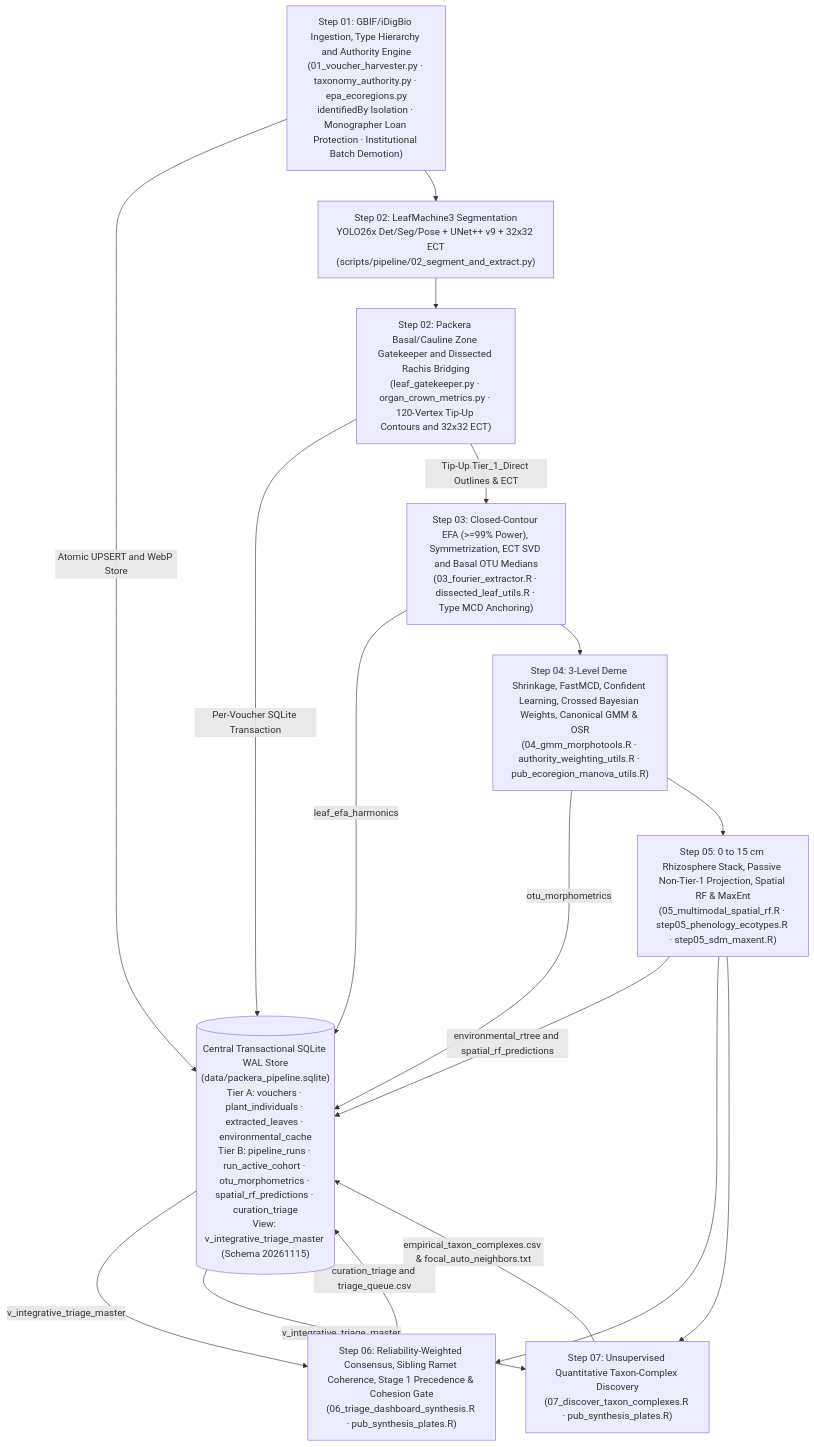
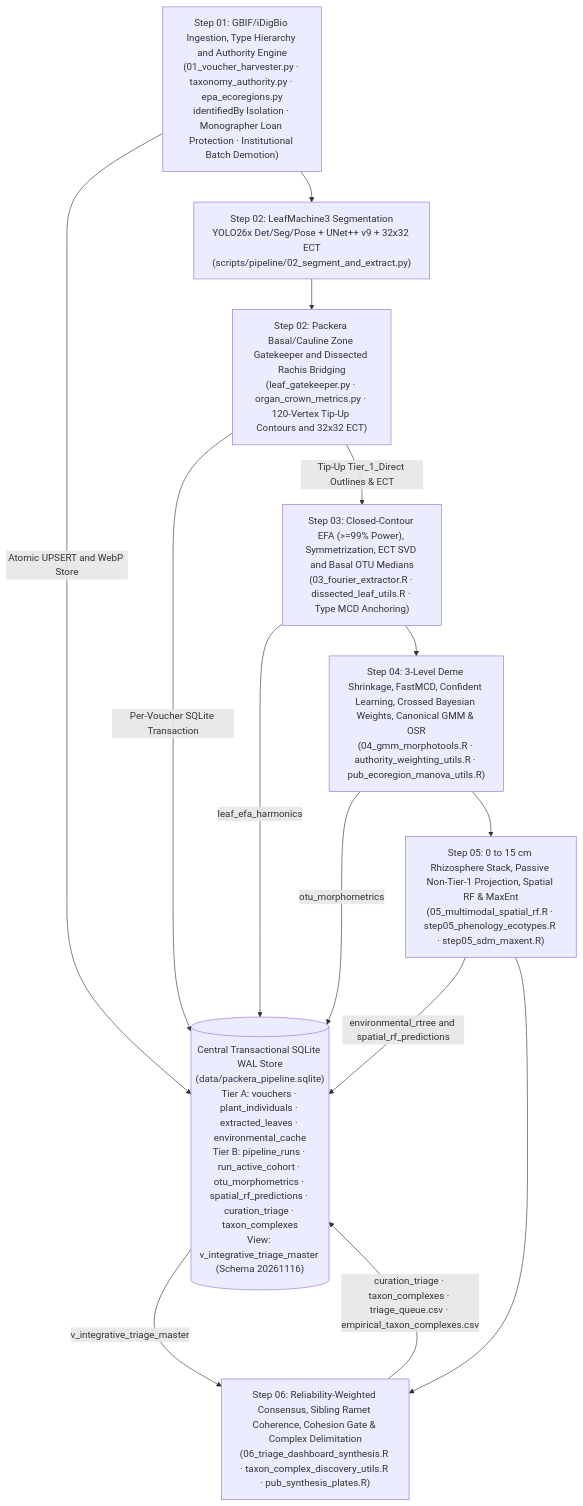
Before and after one commit to Plantatsrophe/Packera_dubia_morphometrics: the diagram in README.md, drawn with Mermaid. The commit also changed other lines of this file and 17 other files, not shown here.

Commit message:
refactor: convert script 07 discover taxon complexes into utility module

````diff
--- a/README.md
+++ b/README.md
@@ -48,21 +47,18 @@
 ```mermaid
 flowchart TD
-    DB[("Central Transactional SQLite WAL Store\n(data/packera_pipeline.sqlite)\nTier A: vouchers · plant_individuals · extracted_leaves · environmental_cache\nTier B: pipeline_runs · run_active_cohort · otu_morphometrics · spatial_rf_predictions · curation_triage\nView: v_integrative_triage_master (Schema 20261115)")]
+    DB[("Central Transactional SQLite WAL Store\n(data/packera_pipeline.sqlite)\nTier A: vouchers · plant_individuals · extracted_leaves · environmental_cache\nTier B: pipeline_runs · run_active_cohort · otu_morphometrics · spatial_rf_predictions · curation_triage · taxon_complexes\nView: v_integrative_triage_master (Schema 20261116)")]
 
     B1["Step 01: GBIF/iDigBio Ingestion, Type Hierarchy and Authority Engine\n(01_voucher_harvester.py · taxonomy_authority.py · epa_ecoregions.py\nidentifiedBy Isolation · Monographer Loan Protection · Institutional Batch Demotion)"] -->|"Atomic UPSERT and WebP Store"| DB
     B1 --> S02["Step 02: LeafMachine3 Segmentation<br/>YOLO26x Det/Seg/Pose + UNet++ v9 + 32x32 ECT<br/>(scripts/pipeline/02_segment_and_extract.py)"]
     S02 --> B3["Step 02: Packera Basal/Cauline Zone Gatekeeper and Dissected Rachis Bridging\n(leaf_gatekeeper.py · organ_crown_metrics.py · 120-Vertex Tip-Up Contours and 32x32 ECT)"]
     B3 -->|"Per-Voucher SQLite Transaction"| DB
     B3 -->|"Tip-Up Tier_1_Direct Outlines & ECT"| B4["Step 03: Closed-Contour EFA (>=99% Power), Symmetrization, ECT SVD and Basal OTU Medians\n(03_fourier_extractor.R · dissected_leaf_utils.R · Type MCD Anchoring)"]
     B4 -->|"leaf_efa_harmonics"| DB
     B4 --> B5["Step 04: 3-Level Deme Shrinkage, FastMCD, Confident Learning, Crossed Bayesian Weights, Canonical GMM & OSR\n(04_gmm_morphotools.R · authority_weighting_utils.R · pub_ecoregion_manova_utils.R)"]
     B5 -->|"otu_morphometrics"| DB
     B5 --> B6["Step 05: 0 to 15 cm Rhizosphere Stack, Passive Non-Tier-1 Projection, Spatial RF & MaxEnt\n(05_multimodal_spatial_rf.R · step05_phenology_ecotypes.R · step05_sdm_maxent.R)"]
     B6 -->|"environmental_rtree and spatial_rf_predictions"| DB
-    B6 --> B7["Step 06: Reliability-Weighted Consensus, Sibling Ramet Coherence, Stage 1 Precedence & Cohesion Gate\n(06_triage_dashboard_synthesis.R · pub_synthesis_plates.R)"]
+    B6 --> B7["Step 06: Reliability-Weighted Consensus, Sibling Ramet Coherence, Cohesion Gate & Complex Delimitation\n(06_triage_dashboard_synthesis.R · taxon_complex_discovery_utils.R · pub_synthesis_plates.R)"]
     DB -->|"v_integrative_triage_master"| B7
-    B7 -->|"curation_triage and triage_queue.csv"| DB
-    B6 --> B8["Step 07: Unsupervised Quantitative Taxon-Complex Discovery\n(07_discover_taxon_complexes.R · pub_synthesis_plates.R)"]
-    DB -->|"v_integrative_triage_master"| B8
-    B8 -->|"empirical_taxon_complexes.csv & focal_auto_neighbors.txt"| DB
+    B7 -->|"curation_triage · taxon_complexes · triage_queue.csv · empirical_taxon_complexes.csv"| DB
 ```
````
